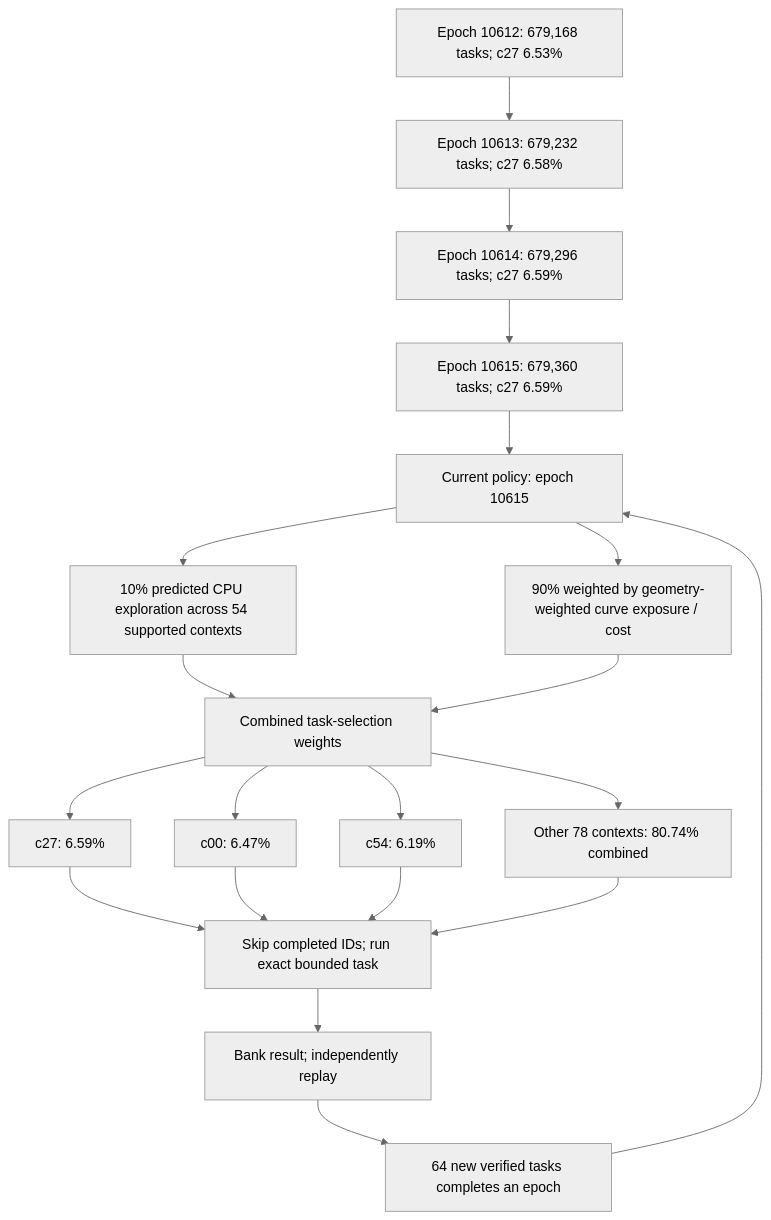
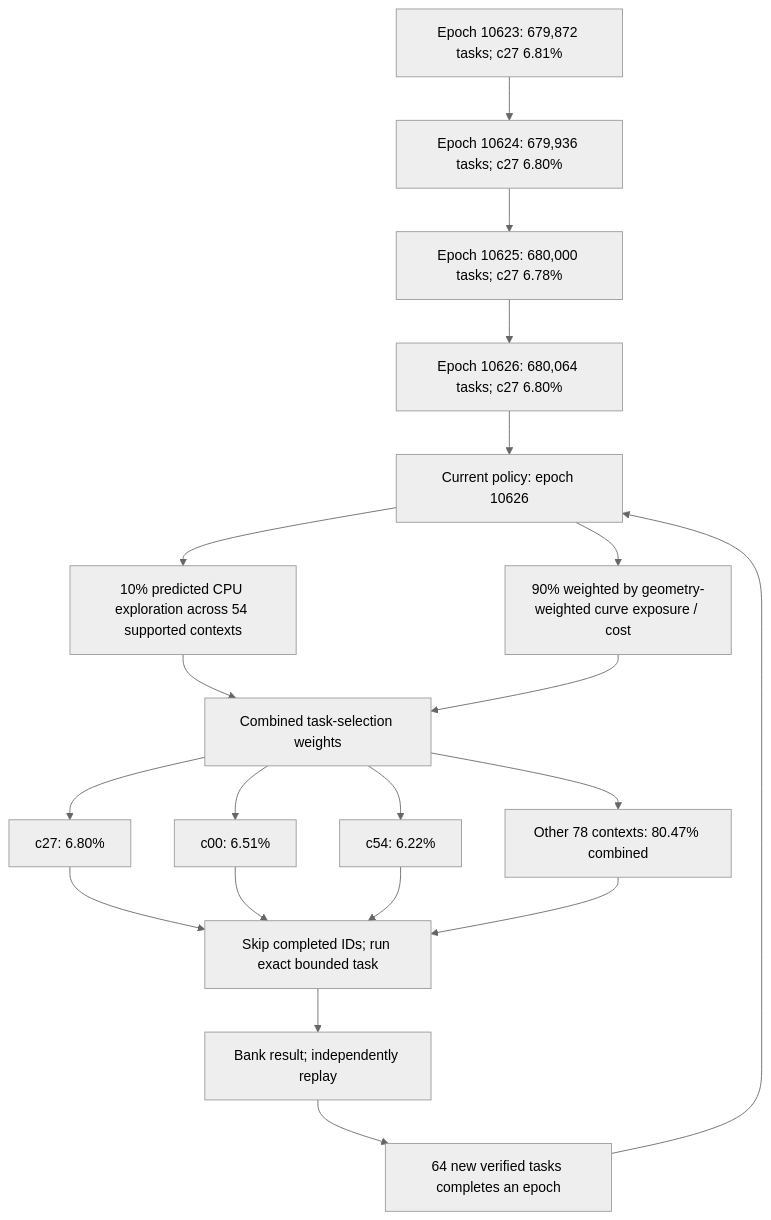
Before and after one commit to Kuberwastaken/math-gambling: the first of 4 diagrams in README.md, drawn with Mermaid (neutral theme). The commit also changed other lines of this file and 2216 other files, not shown here.

````diff
--- a/README.md
+++ b/README.md
@@ -60,27 +60,27 @@
 ```mermaid
 flowchart TD
-    H0["Epoch 10612: 679,168 tasks; c27 6.53%"]
-    H1["Epoch 10613: 679,232 tasks; c27 6.58%"]
+    H0["Epoch 10623: 679,872 tasks; c27 6.81%"]
+    H1["Epoch 10624: 679,936 tasks; c27 6.80%"]
     H0 --> H1
-    H2["Epoch 10614: 679,296 tasks; c27 6.59%"]
+    H2["Epoch 10625: 680,000 tasks; c27 6.78%"]
     H1 --> H2
-    H3["Epoch 10615: 679,360 tasks; c27 6.59%"]
+    H3["Epoch 10626: 680,064 tasks; c27 6.80%"]
     H2 --> H3
-    Policy["Current policy: epoch 10615"]
+    Policy["Current policy: epoch 10626"]
     H3 --> Policy
     Policy --> Explore["10% predicted CPU exploration across 54 supported contexts"]
     Policy --> Cost["90% weighted by geometry-weighted curve exposure / cost"]
     Explore --> Mix["Combined task-selection weights"]
     Cost --> Mix
-    Mix --> C0["c27: 6.59%"]
-    Mix --> C1["c00: 6.47%"]
-    Mix --> C2["c54: 6.19%"]
-    Mix --> Rest["Other 78 contexts: 80.74% combined"]
+    Mix --> C0["c27: 6.80%"]
+    Mix --> C1["c00: 6.51%"]
+    Mix --> C2["c54: 6.22%"]
+    Mix --> Rest["Other 78 contexts: 80.47% combined"]
     C0 --> Check["Skip completed IDs; run exact bounded task"]
     C1 --> Check
     C2 --> Check
     Rest --> Check
     Check --> Replay["Bank result; independently replay"]
     Replay --> Gate["64 new verified tasks completes an epoch"]
     Gate --> Policy
 ```
````
